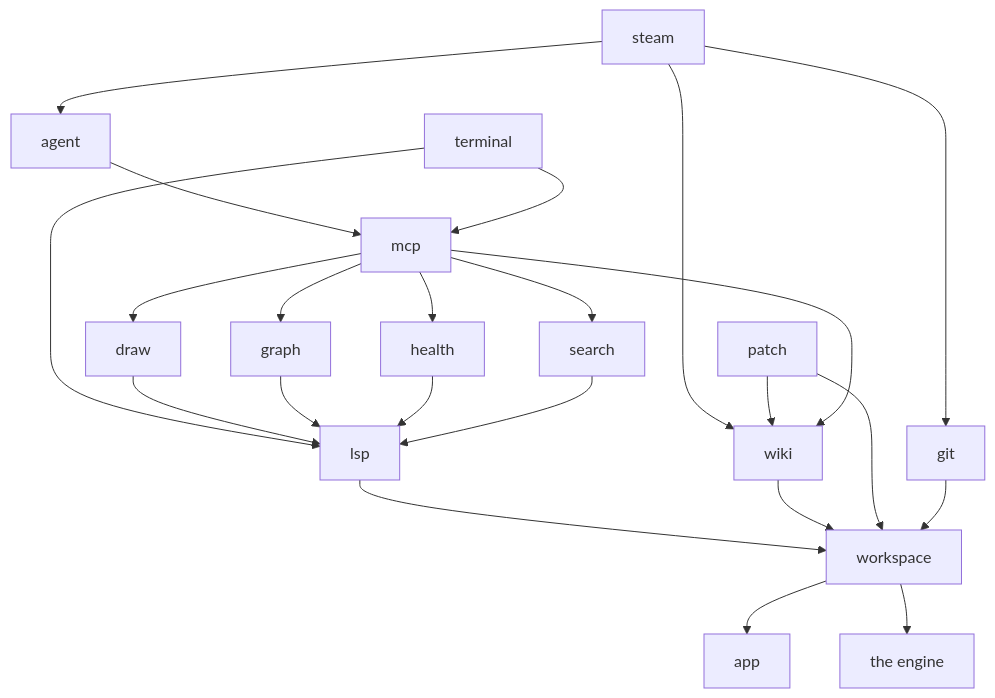
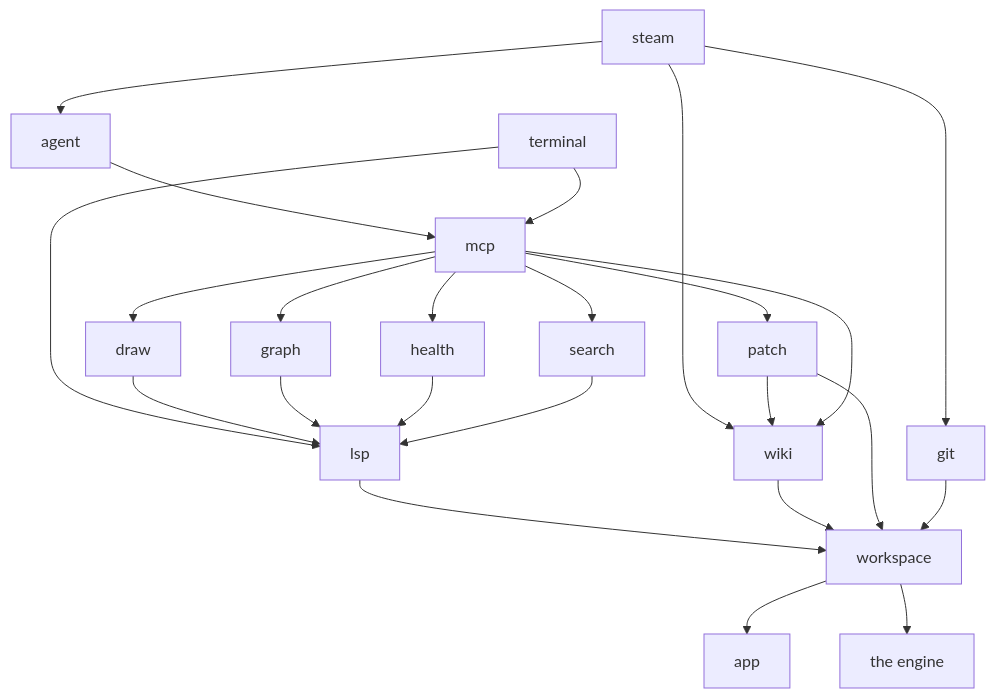
One commit to idodavis/paradox-modding-tools changed the third of 7 diagrams in docs/ARCHITECTURE.md. Above: the diagram before and after it, drawn with Mermaid. The commit also changed other lines of this file and 80 other files, not shown here.

````diff
--- a/docs/ARCHITECTURE.md
+++ b/docs/ARCHITECTURE.md
@@ -102,14 +102,14 @@
 ```mermaid
 flowchart TD
   steam --> agent & git & wiki
   patch --> wiki
   agent --> mcp
   terminal --> mcp
-  mcp --> draw & eventgraph["graph"] & health & search & wiki
+  mcp --> draw & eventgraph["graph"] & health & search & wiki & patch
   terminal --> lsp
   draw & eventgraph & health & search --> lsp
   lsp & wiki & patch --> workspace
   git --> workspace
   workspace --> app
   workspace --> engine["the engine"]
 ```
````
